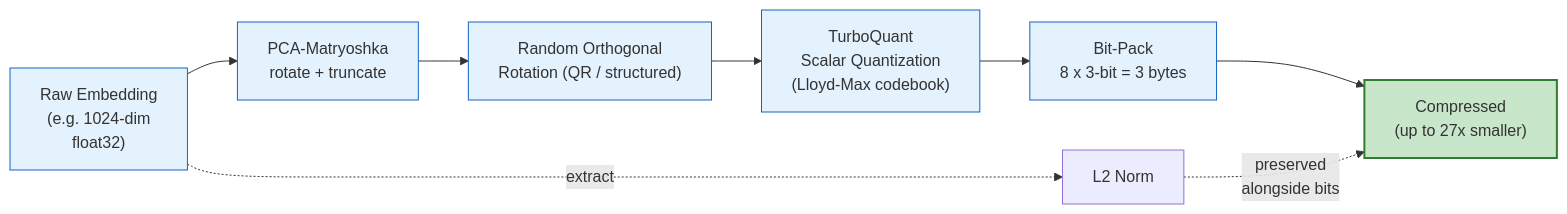
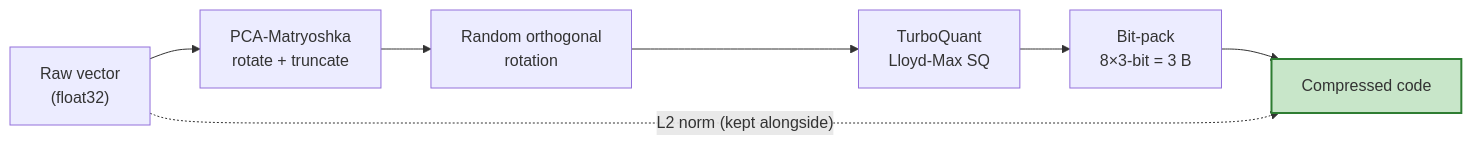
One commit to ahb-sjsu/turboquant-pro changed the diagram in README.md. Above: the diagram before and after it, drawn with Mermaid. The commit also changed other lines of this file and 21 other files, not shown here.

````diff
--- a/README.md
+++ b/README.md
@@ -186,23 +99,11 @@
 ```mermaid
 flowchart LR
-    A["Raw Embedding<br/>(e.g. 1024-dim<br/>float32)"]
-    B["PCA-Matryoshka<br/>rotate + truncate"]
-    C["Random Orthogonal<br/>Rotation (QR / structured)"]
-    D["TurboQuant<br/>Scalar Quantization<br/>(Lloyd-Max codebook)"]
-    E["Bit-Pack<br/>8 x 3-bit = 3 bytes"]
-    F["Compressed<br/>(up to 27x smaller)"]
-
-    A --> B
-    B --> C
-    C --> D
-    D --> E
-    E --> F
-
-    G["L2 Norm"] -.->|preserved<br/>alongside bits| F
-    A -.->|extract| G
-
-    classDef stage fill:#e3f2fd,stroke:#1565c0,stroke-width:1px;
+    A["Raw vector<br/>(float32)"] --> B["PCA-Matryoshka<br/>rotate + truncate"]
+    B --> C["Random orthogonal<br/>rotation"]
+    C --> D["TurboQuant<br/>Lloyd-Max SQ"]
+    D --> E["Bit-pack<br/>8×3-bit = 3 B"]
+    E --> F["Compressed code"]
+    A -. "L2 norm (kept alongside)" .-> F
     classDef out fill:#c8e6c9,stroke:#2e7d32,stroke-width:2px;
-    class A,B,C,D,E stage;
     class F out;
 ```
````
